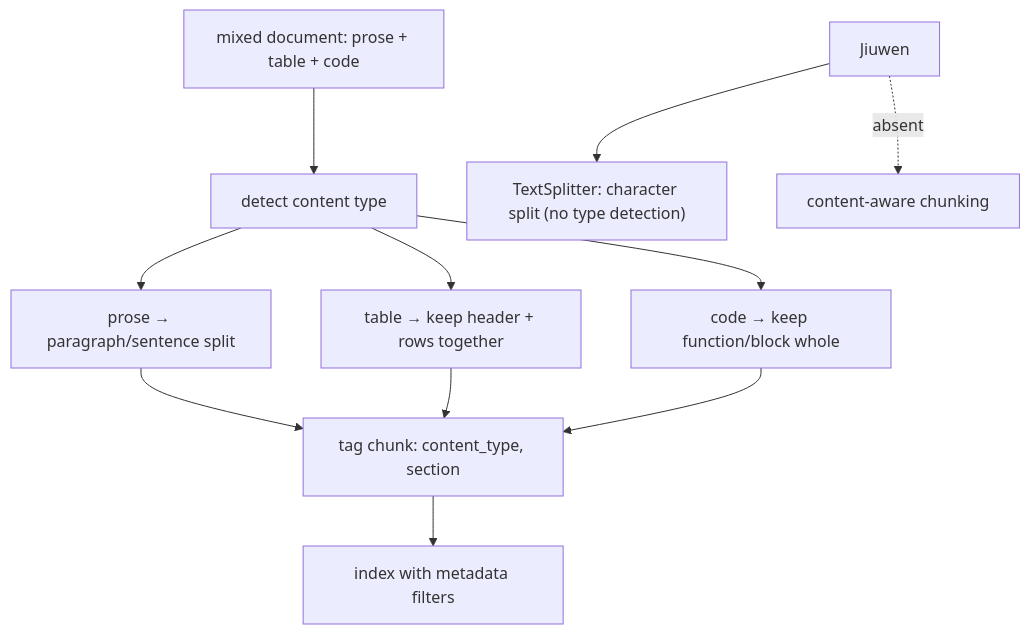
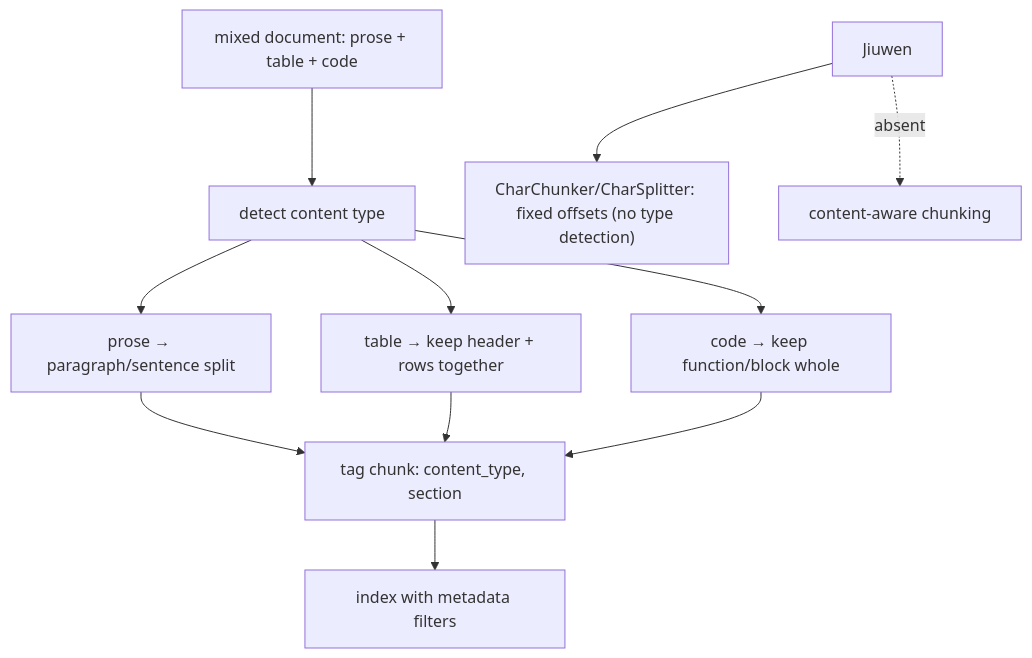
Diagram 12 of 12 in content/topics/11-retrieval-and-ranking.md (michaelatamuk/openjiuwen-knowledge), drawn with Mermaid before and after one commit. The commit also changed other lines of this file and 19 other files, not shown here.

````diff
--- a/content/topics/11-retrieval-and-ranking.md
+++ b/content/topics/11-retrieval-and-ranking.md
@@ -322,11 +322,11 @@
 ```mermaid
 flowchart TD
     DOC["mixed document: prose + table + code"] --> DET["detect content type"]
     DET --> PR["prose → paragraph/sentence split"]
     DET --> TB["table → keep header + rows together"]
     DET --> CD["code → keep function/block whole"]
     PR & TB & CD --> META["tag chunk: content_type, section"]
     META --> IDX["index with metadata filters"]
-    JIW["Jiuwen"] --> CHAR["TextSplitter: character split (no type detection)"]
+    JIW["Jiuwen"] --> CHAR["CharChunker/CharSplitter: fixed offsets (no type detection)"]
     JIW -.->|"absent"| AWARE["content-aware chunking"]
 ```
````
